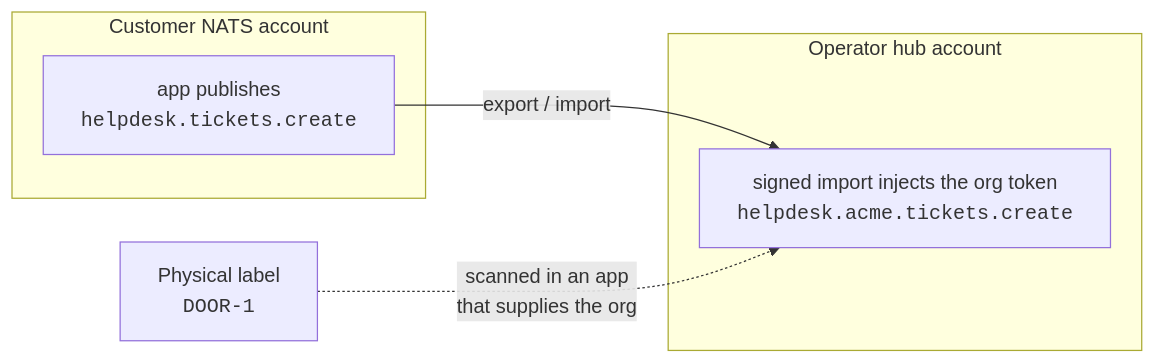
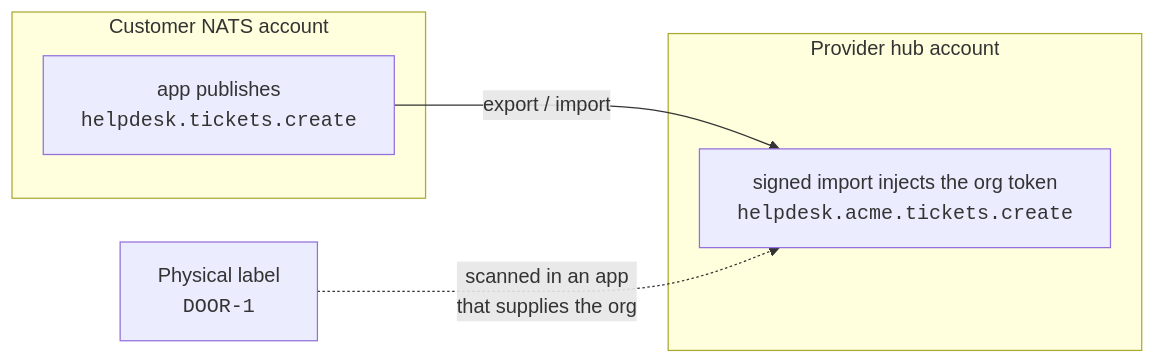
Before and after one commit to stone-age-io/platform-docs: the diagram in docs/decisions/0002-organization-code-namespace.md, drawn with Mermaid. The commit also changed other lines of this file and 19 other files, not shown here.

````diff
--- a/docs/decisions/0002-organization-code-namespace.md
+++ b/docs/decisions/0002-organization-code-namespace.md
@@ -77,12 +77,12 @@
 ```mermaid
 graph LR
     subgraph ORG["Customer NATS account"]
         APP["app publishes<br/><code>helpdesk.tickets.create</code>"]
     end
-    subgraph HUB["Operator hub account"]
+    subgraph HUB["Provider hub account"]
         IMP["signed import injects the org token<br/><code>helpdesk.acme.tickets.create</code>"]
     end
     LBL["Physical label<br/><code>DOOR-1</code>"]
     APP -->|"export / import"| IMP
     LBL -.->|"scanned in an app<br/>that supplies the org"| IMP
 ```
````
